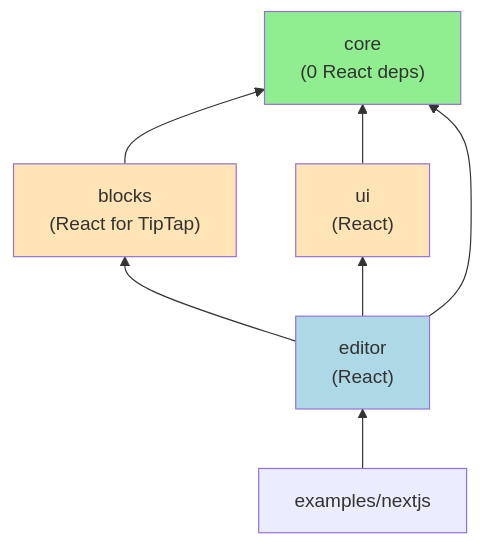
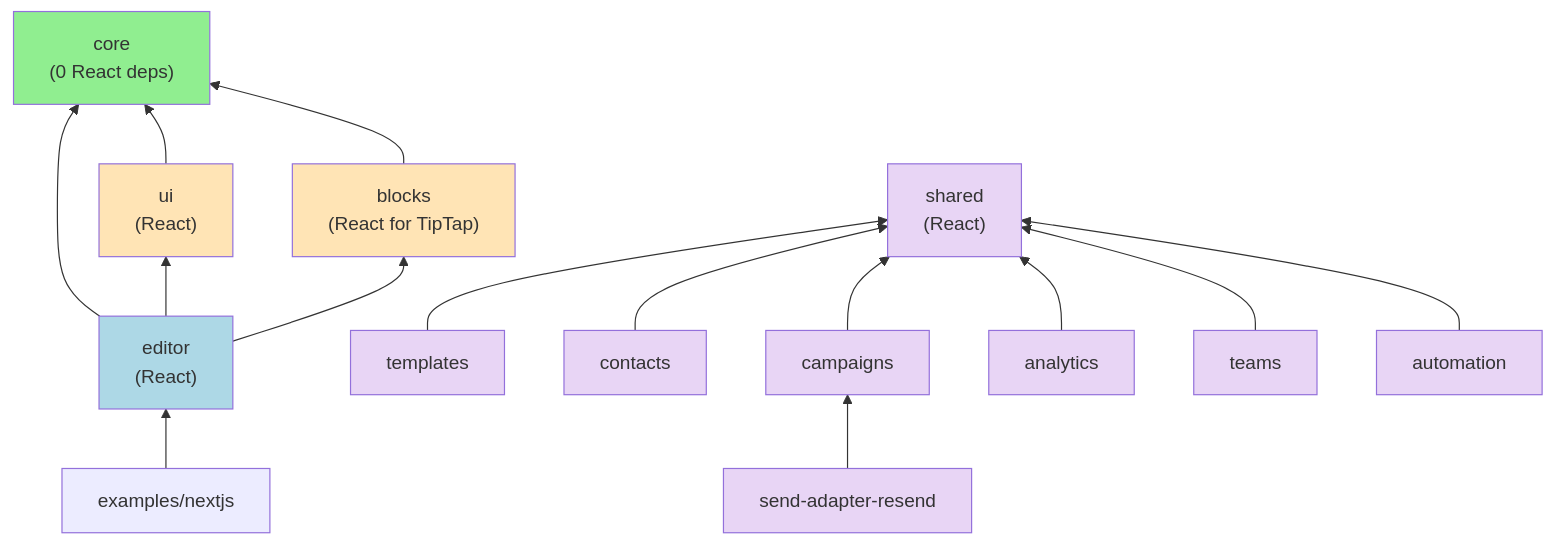
Before and after one commit to marlinjai/email-editor: the fifth of 5 diagrams in docs/public/architecture.md, drawn with Mermaid. The commit also changed other lines of this file and 8 other files, not shown here.

````diff
--- a/docs/public/architecture.md
+++ b/docs/public/architecture.md
@@ -420,20 +530,44 @@
 ```mermaid
 graph BT
     CORE["core<br/>(0 React deps)"]
     BLOCKS["blocks<br/>(React for TipTap)"]
     UI["ui<br/>(React)"]
     EDITOR["editor<br/>(React)"]
+    SHARED["shared<br/>(React)"]
+    TEMPLATES["templates"]
+    CONTACTS["contacts"]
+    CAMPAIGNS["campaigns"]
+    RESEND["send-adapter-resend"]
+    ANALYTICS["analytics"]
+    TEAMS["teams"]
+    AUTOMATION["automation"]
     EXAMPLE["examples/nextjs"]
 
     BLOCKS --> CORE
     UI --> CORE
     EDITOR --> CORE
     EDITOR --> UI
     EDITOR --> BLOCKS
     EXAMPLE --> EDITOR
 
+    TEMPLATES --> SHARED
+    CONTACTS --> SHARED
+    CAMPAIGNS --> SHARED
+    ANALYTICS --> SHARED
+    TEAMS --> SHARED
+    AUTOMATION --> SHARED
+    RESEND --> CAMPAIGNS
+
     style CORE fill:#90EE90
     style BLOCKS fill:#FFE4B5
     style UI fill:#FFE4B5
     style EDITOR fill:#ADD8E6
+    style SHARED fill:#E8D5F5
+    style TEMPLATES fill:#E8D5F5
+    style CONTACTS fill:#E8D5F5
+    style CAMPAIGNS fill:#E8D5F5
+    style RESEND fill:#E8D5F5
+    style ANALYTICS fill:#E8D5F5
+    style TEAMS fill:#E8D5F5
+    style AUTOMATION fill:#E8D5F5
 ```
````
